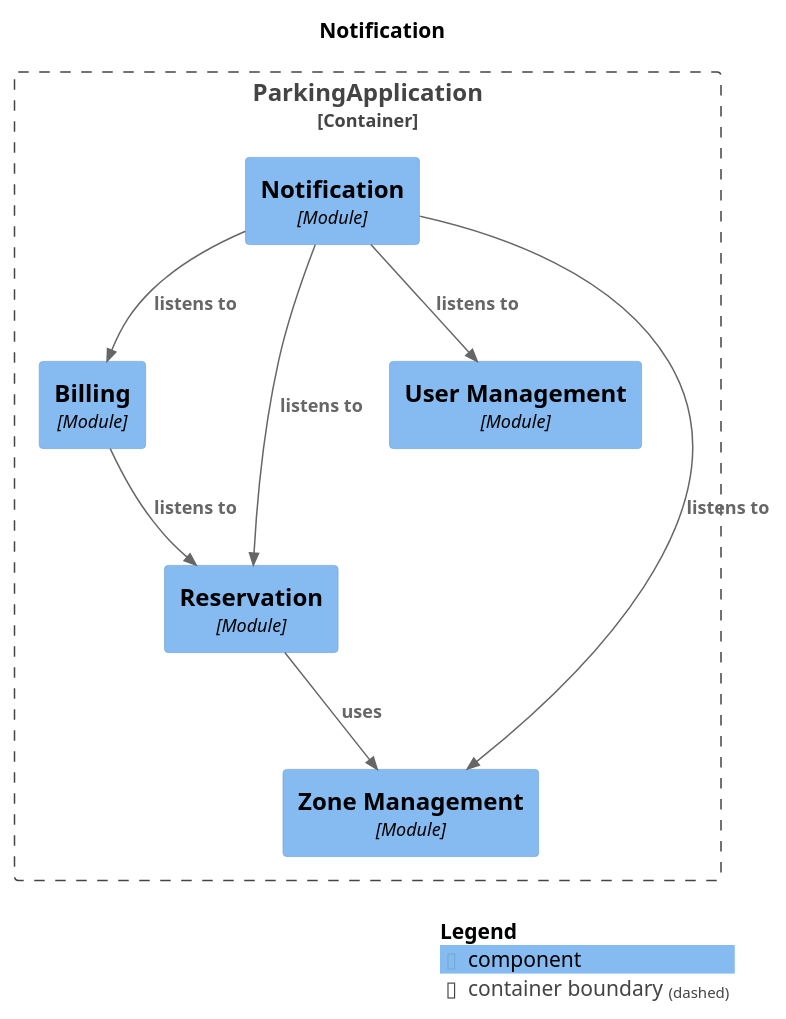
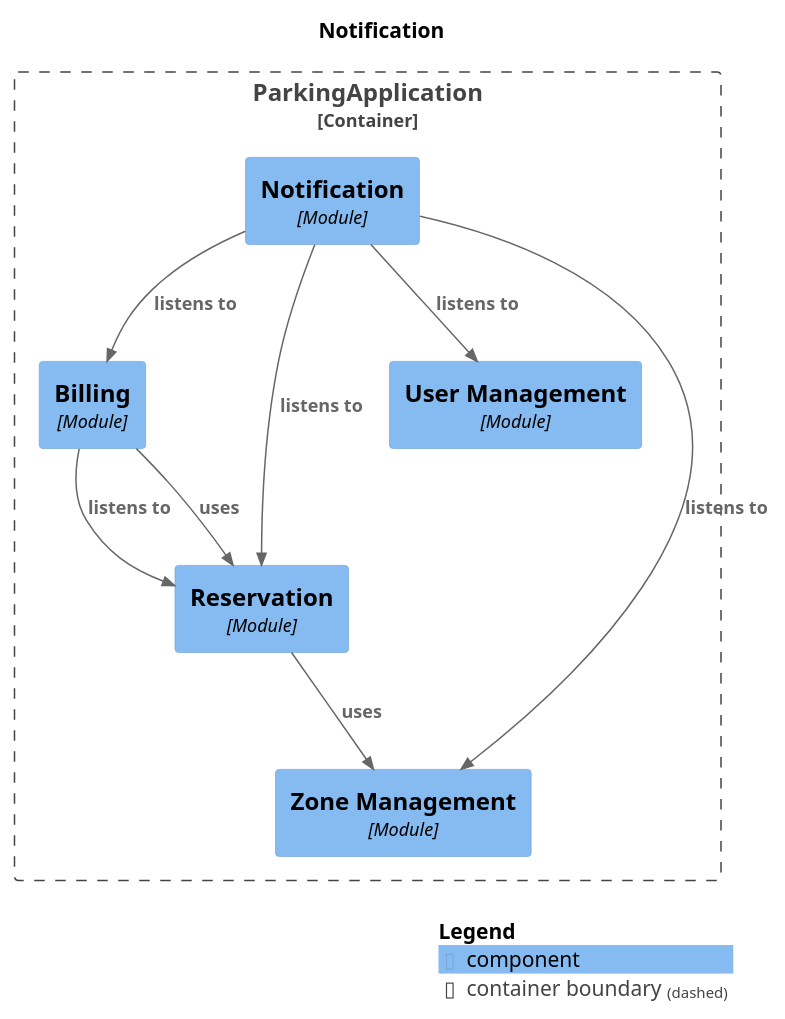
Before and after one commit to VladTZY/Erasmus-CarParking: the diagram in target/spring-modulith-docs/module-notification.puml, drawn with PlantUML. The commit also changed 80 other files, not shown here.

```diff
--- a/target/spring-modulith-docs/module-notification.puml
+++ b/target/spring-modulith-docs/module-notification.puml
@@ -1,27 +1,28 @@
 @startuml
 set separator none
 title Notification
 
 top to bottom direction
 
 !include <C4/C4>
 !include <C4/C4_Context>
 !include <C4/C4_Component>
 
 Container_Boundary("ParkingApplication.ParkingApplication_boundary", "ParkingApplication", $tags="") {
   Component(ParkingApplication.ParkingApplication.Billing, "Billing", $techn="Module", $descr="", $tags="", $link="")
   Component(ParkingApplication.ParkingApplication.Notification, "Notification", $techn="Module", $descr="", $tags="", $link="")
   Component(ParkingApplication.ParkingApplication.Reservation, "Reservation", $techn="Module", $descr="", $tags="", $link="")
   Component(ParkingApplication.ParkingApplication.UserManagement, "User Management", $techn="Module", $descr="", $tags="", $link="")
   Component(ParkingApplication.ParkingApplication.ZoneManagement, "Zone Management", $techn="Module", $descr="", $tags="", $link="")
 }
 
 Rel(ParkingApplication.ParkingApplication.Reservation, ParkingApplication.ParkingApplication.ZoneManagement, "uses", $techn="", $tags="", $link="")
 Rel(ParkingApplication.ParkingApplication.Billing, ParkingApplication.ParkingApplication.Reservation, "listens to", $techn="", $tags="", $link="")
+Rel(ParkingApplication.ParkingApplication.Billing, ParkingApplication.ParkingApplication.Reservation, "uses", $techn="", $tags="", $link="")
+Rel(ParkingApplication.ParkingApplication.Notification, ParkingApplication.ParkingApplication.Billing, "listens to", $techn="", $tags="", $link="")
+Rel(ParkingApplication.ParkingApplication.Notification, ParkingApplication.ParkingApplication.UserManagement, "listens to", $techn="", $tags="", $link="")
 Rel(ParkingApplication.ParkingApplication.Notification, ParkingApplication.ParkingApplication.Reservation, "listens to", $techn="", $tags="", $link="")
 Rel(ParkingApplication.ParkingApplication.Notification, ParkingApplication.ParkingApplication.ZoneManagement, "listens to", $techn="", $tags="", $link="")
-Rel(ParkingApplication.ParkingApplication.Notification, ParkingApplication.ParkingApplication.UserManagement, "listens to", $techn="", $tags="", $link="")
-Rel(ParkingApplication.ParkingApplication.Notification, ParkingApplication.ParkingApplication.Billing, "listens to", $techn="", $tags="", $link="")
 
 SHOW_LEGEND(true)
 @enduml
```
